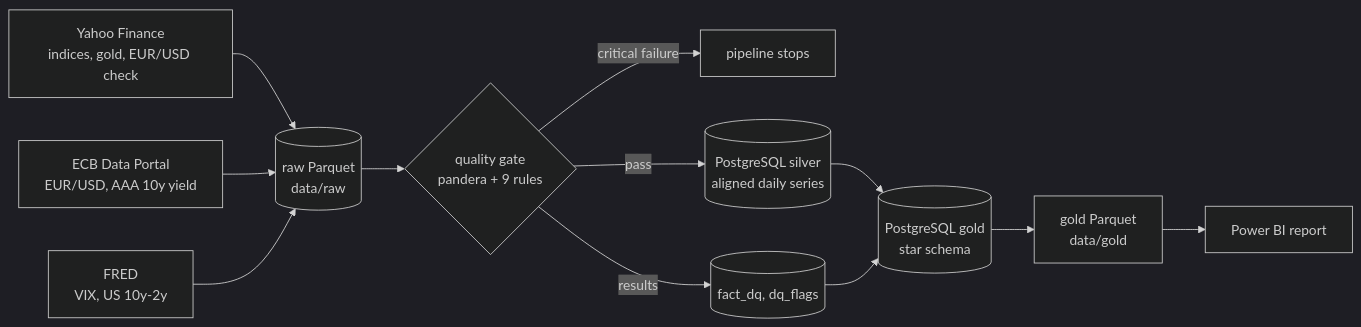
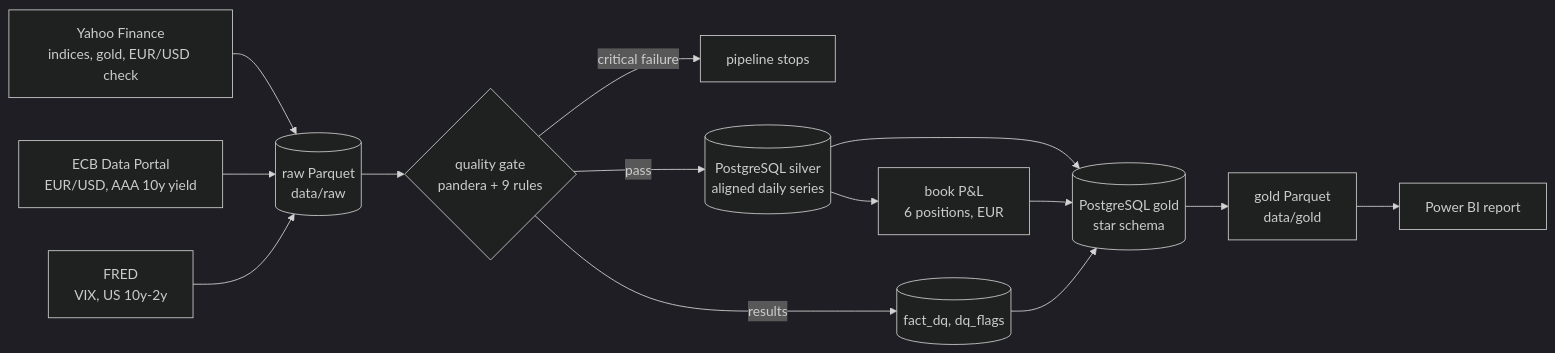
The diagram in README.md (MedChahb/market_risk_monitor), drawn with Mermaid (dark theme) before and after one commit. The commit also changed other lines of this file and 1 other file, not shown here.

Commit message:
Document the book and its P&L tables

````diff
--- a/README.md
+++ b/README.md
@@ -11,14 +11,16 @@
 ```mermaid
 flowchart LR
     Y[Yahoo Finance<br/>indices, gold, EUR/USD check] --> R[(raw Parquet<br/>data/raw)]
     E[ECB Data Portal<br/>EUR/USD, AAA 10y yield] --> R
     F[FRED<br/>VIX, US 10y-2y] --> R
     R --> Q{quality gate<br/>pandera + 9 rules}
     Q -->|critical failure| X[pipeline stops]
     Q -->|results| DQ[(fact_dq, dq_flags)]
     Q -->|pass| S[(PostgreSQL silver<br/>aligned daily series)]
     S --> G[(PostgreSQL gold<br/>star schema)]
+    S --> B[book P&L<br/>6 positions, EUR]
+    B --> G
     DQ --> G
     G --> P[gold Parquet<br/>data/gold]
     P --> BI[Power BI report]
 ```
````
